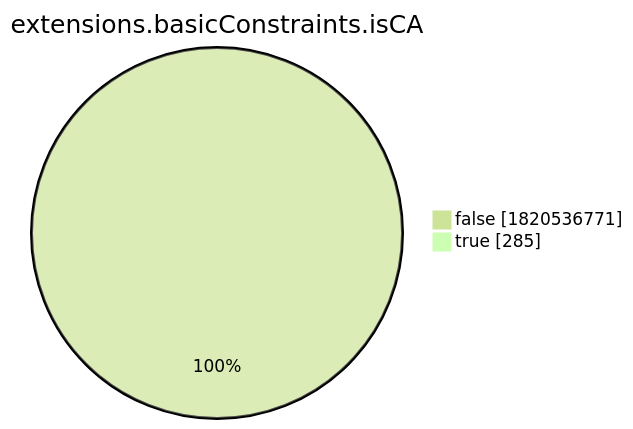
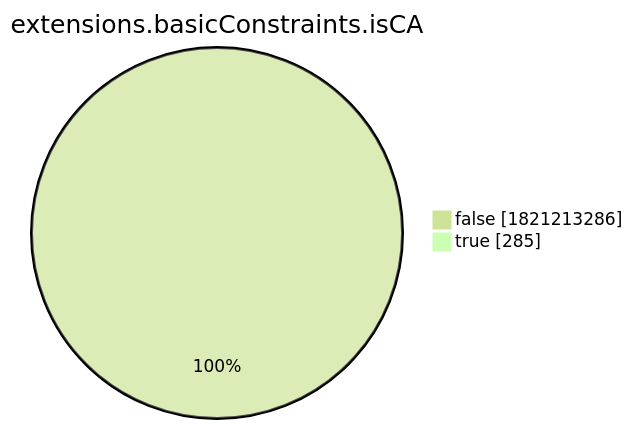
One commit to christiankrug/ctmonitor_visualization changed the eighth of 15 diagrams in xenon2022/README.md. Above: the diagram before and after it, drawn with Mermaid (forest theme). The commit also changed other lines of this file, not shown here.

````diff
--- a/xenon2022/README.md
+++ b/xenon2022/README.md
@@ -2868,6 +2868,6 @@
 ```mermaid
 pie showData
 title extensions.basicConstraints.isCA
-"false" :1820536771
+"false" :1821213286
 "true" :285
 ```
````
